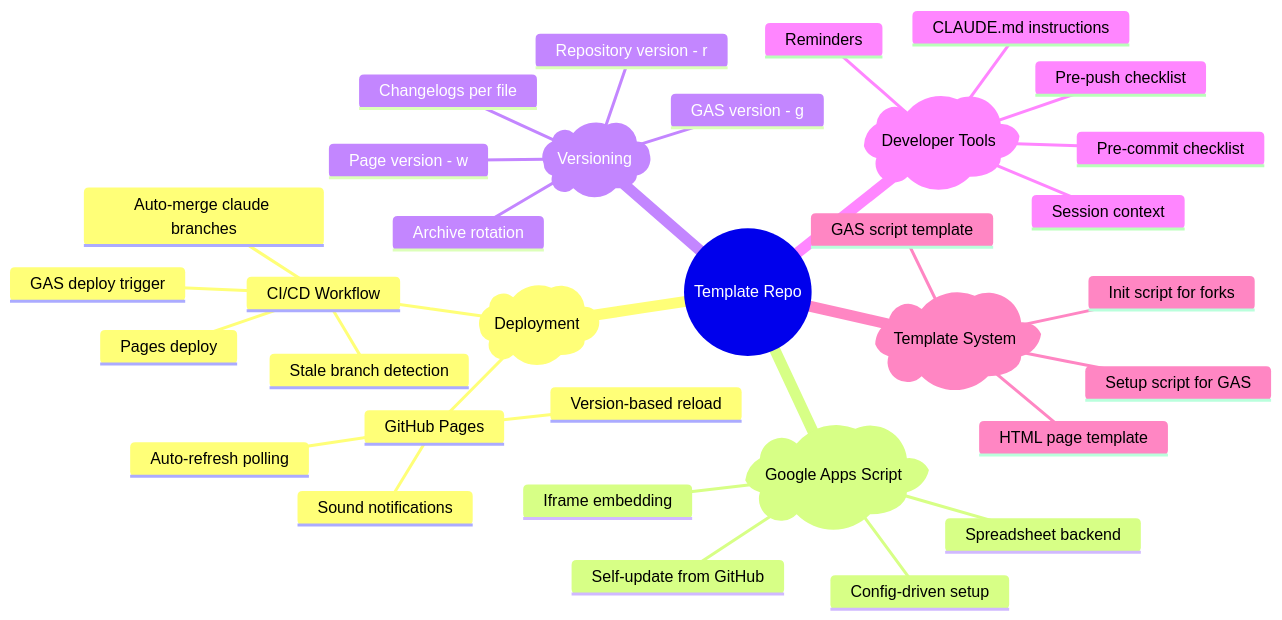
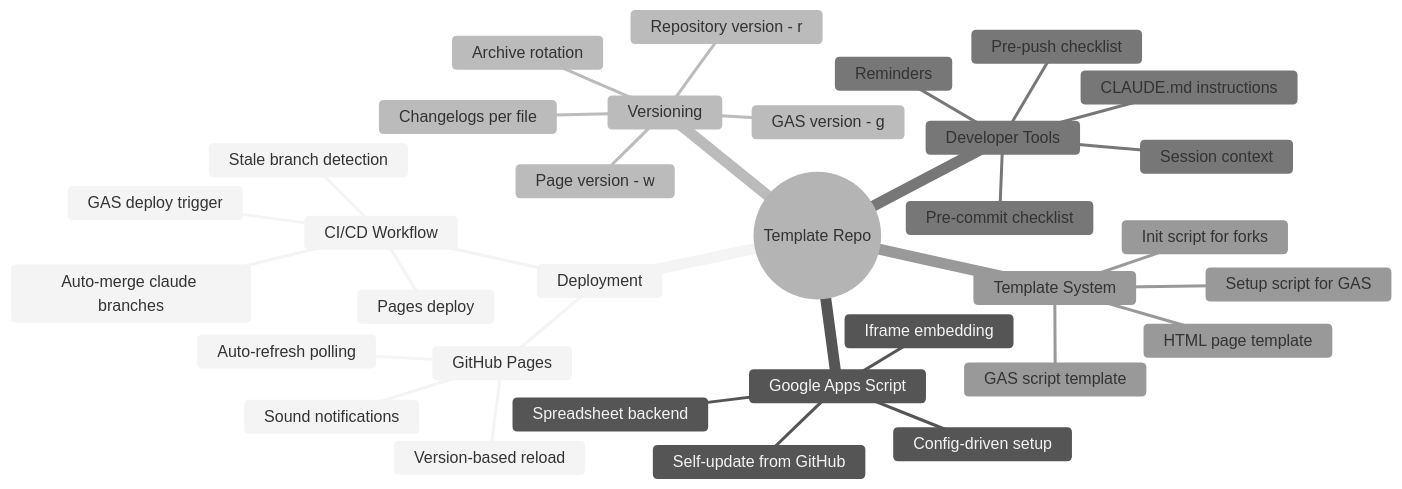
Before and after one commit to ShadowAISolutions/saistemplateprojectrepo: the fifth of 7 diagrams in repository-information/ARCHITECTURE.md, drawn with Mermaid. The commit also changed other lines of this file and 3 other files, not shown here.

First line of the commit message:
v01.66r Fix Mindmap dark-mode with neutral theme directive

````diff
--- a/repository-information/ARCHITECTURE.md
+++ b/repository-information/ARCHITECTURE.md
@@ -315,36 +315,37 @@
 ```mermaid
+%%{init: {'theme':'neutral'}}%%
 mindmap
     root((Template Repo))
-        )Deployment(
+        Deployment
             GitHub Pages
                 Auto-refresh polling
                 Version-based reload
                 Sound notifications
             CI/CD Workflow
                 Auto-merge claude branches
                 Stale branch detection
                 Pages deploy
                 GAS deploy trigger
-        )Google Apps Script(
+        Google Apps Script
             Self-update from GitHub
             Config-driven setup
             Spreadsheet backend
             Iframe embedding
-        )Versioning(
+        Versioning
             Repository version - r
             Page version - w
             GAS version - g
             Changelogs per file
             Archive rotation
-        )Developer Tools(
+        Developer Tools
             CLAUDE.md instructions
             Pre-commit checklist
             Pre-push checklist
             Session context
             Reminders
-        )Template System(
+        Template System
             HTML page template
             GAS script template
             Init script for forks
             Setup script for GAS
 ```
````
